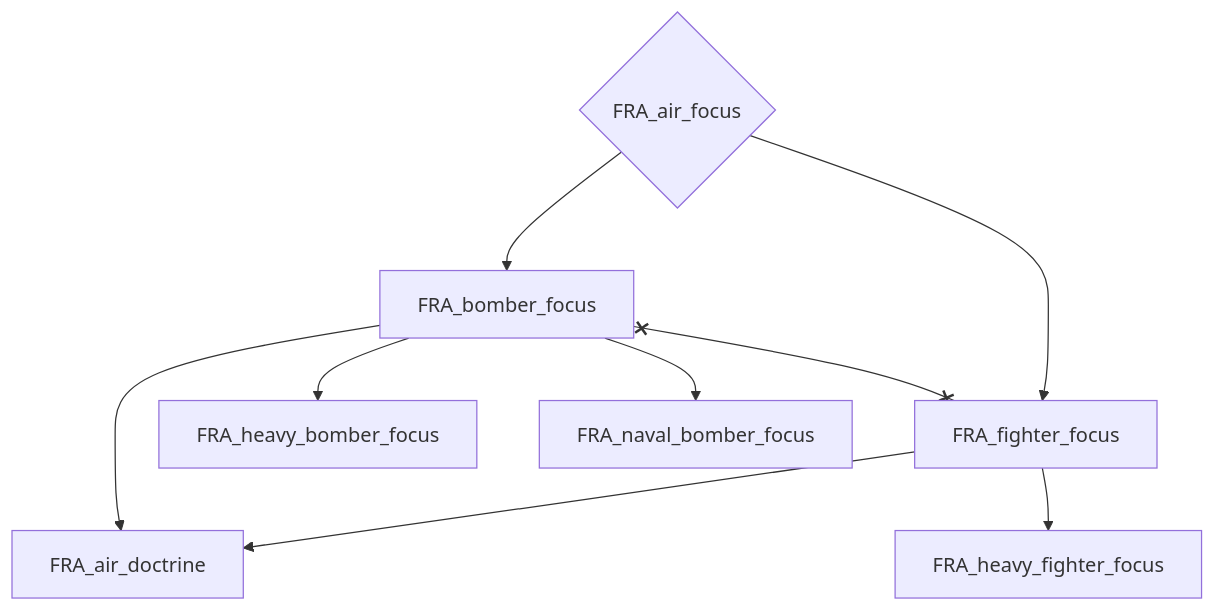
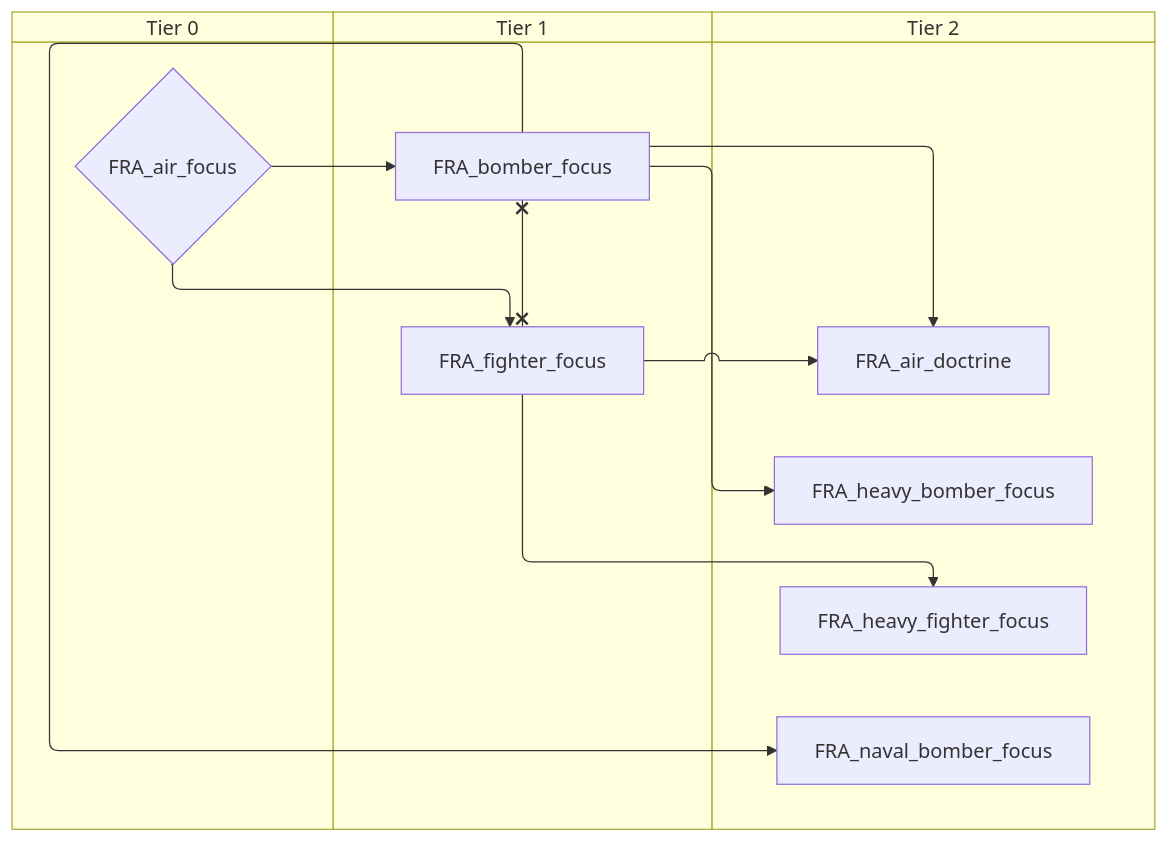
The first of 6 diagrams in docs/gdd/National Focuses/france.md (evgeny-sobol/hoi4-sandbox-mode), drawn with Mermaid before and after one commit. The commit also changed other lines of this file and 80 other files, not shown here.

First line of the commit message:
Add swimlane mode to focus graph exporter

````diff
--- a/docs/gdd/National Focuses/france.md
+++ b/docs/gdd/National Focuses/france.md
@@ -3,18 +3,24 @@
 ```mermaid
-flowchart TD
-    n1["FRA_air_doctrine"]
-    n2{"FRA_air_focus"}
-    n3["FRA_bomber_focus"]
-    n4["FRA_fighter_focus"]
-    n5["FRA_heavy_bomber_focus"]
-    n6["FRA_heavy_fighter_focus"]
-    n7["FRA_naval_bomber_focus"]
-    n4 --> n1
-    n3 --> n1
-    n2 --> n3
+swimlane-beta TD
+    subgraph tier_0["Tier 0"]
+        n1{"FRA_air_focus"}
+    end
+    subgraph tier_1["Tier 1"]
+        n2["FRA_bomber_focus"]
+        n3["FRA_fighter_focus"]
+    end
+    subgraph tier_2["Tier 2"]
+        n4["FRA_air_doctrine"]
+        n5["FRA_heavy_bomber_focus"]
+        n6["FRA_heavy_fighter_focus"]
+        n7["FRA_naval_bomber_focus"]
+    end
+    n3 --> n4
     n2 --> n4
-    n3 --> n5
-    n4 --> n6
-    n3 --> n7
-    n3 x--x n4
+    n1 --> n2
+    n1 --> n3
+    n2 --> n5
+    n3 --> n6
+    n2 --> n7
+    n2 x--x n3
 ```
````
